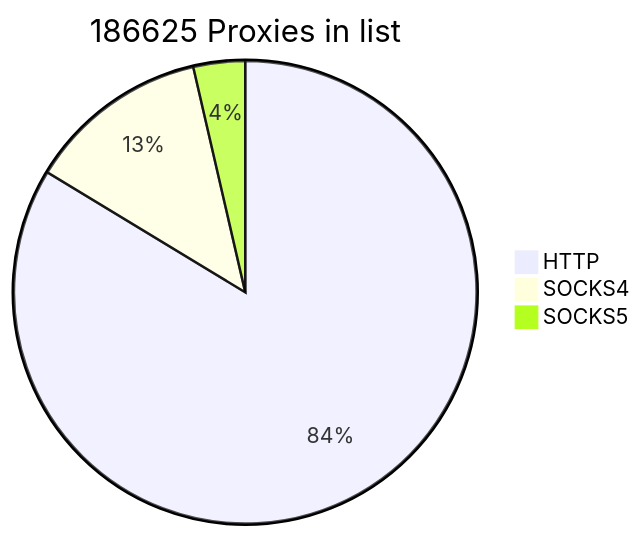
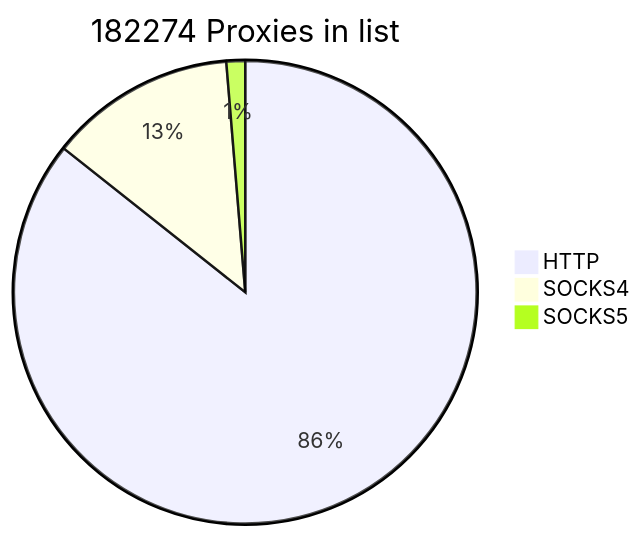
The first of 2 diagrams in README.md (cutipu/proxylist), drawn with Mermaid before and after one commit. The commit also changed other lines of this file, not shown here.

````diff
--- a/README.md
+++ b/README.md
@@ -2,7 +2,7 @@
 ```mermaid
-pie title 186625 Proxies in list
+pie title 182274 Proxies in list
     "HTTP" : 156145
     "SOCKS4" : 23743
-    "SOCKS5" : 6737
+    "SOCKS5" : 2386
             
 ```
````
